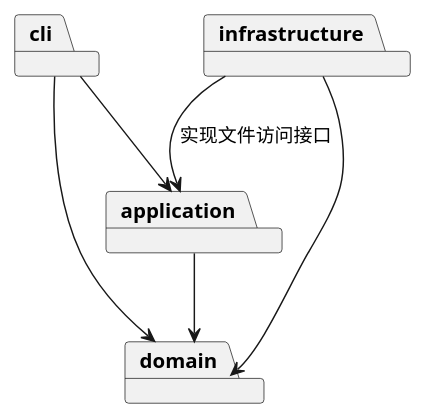
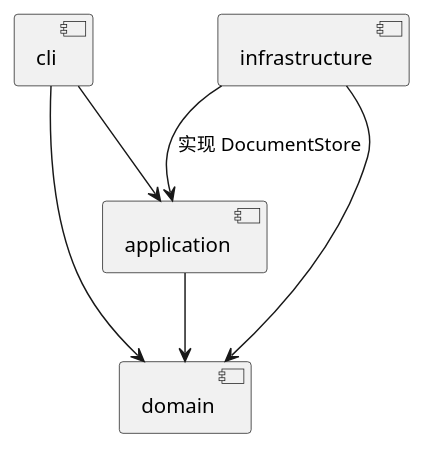
One commit to Resona-02/codex changed the diagram in doc/README.md. Above: the diagram before and after it, drawn with PlantUML. The commit also changed other lines of this file and 1 other file, not shown here.

````diff
--- a/doc/README.md
+++ b/doc/README.md
@@ -68,13 +66,9 @@
 ```plantuml
 @startuml
-package cli
-package application
-package domain
-package infrastructure
-cli --> application
-cli --> domain
-application --> domain
-infrastructure --> application : 实现文件访问接口
-infrastructure --> domain
+[cli] --> [application]
+[cli] --> [domain]
+[application] --> [domain]
+[infrastructure] --> [application] : 实现 DocumentStore
+[infrastructure] --> [domain]
 @enduml
 ```
````
